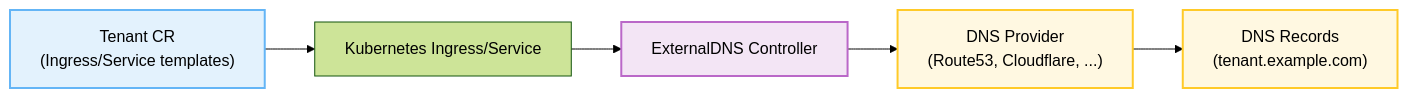
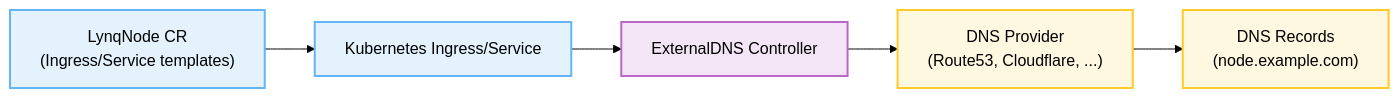
The first of 2 diagrams in docs/integration-external-dns.md (kubernetes-tenants/tenant-operator), drawn with Mermaid (forest theme) before and after one commit. The commit also changed other lines of this file and 203 other files, not shown here.

First line of the commit message:
feat!: Complete terminology migration from tenant-operator to Lynq

````diff
--- a/docs/integration-external-dns.md
+++ b/docs/integration-external-dns.md
@@ -11,17 +11,17 @@
 ```mermaid
 flowchart LR
-    Tenant["Tenant CR<br/>(Ingress/Service templates)"]
+    Node["LynqNode CR<br/>(Ingress/Service templates)"]
     Resource["Kubernetes Ingress/Service"]
     ExternalDNS["ExternalDNS Controller"]
     Provider["DNS Provider<br/>(Route53, Cloudflare, ...)"]
-    DNS["DNS Records<br/>(tenant.example.com)"]
+    DNS["DNS Records<br/>(node.example.com)"]
 
-    Tenant --> Resource --> ExternalDNS --> Provider --> DNS
+    Node --> Resource --> ExternalDNS --> Provider --> DNS
 
-    classDef tenant fill:#e3f2fd,stroke:#64b5f6,stroke-width:2px;
-    class Tenant tenant;
+    classDef node fill:#e3f2fd,stroke:#64b5f6,stroke-width:2px;
+    class Node node;
     classDef external fill:#f3e5f5,stroke:#ba68c8,stroke-width:2px;
     class ExternalDNS external;
     classDef provider fill:#fff8e1,stroke:#ffca28,stroke-width:2px;
     class Provider,DNS provider;
 ```
````
